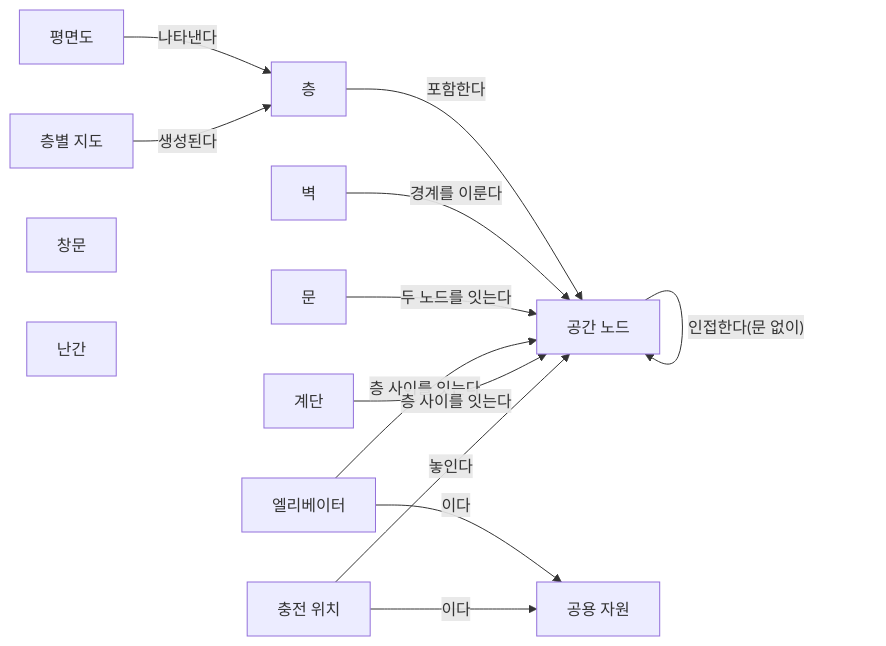
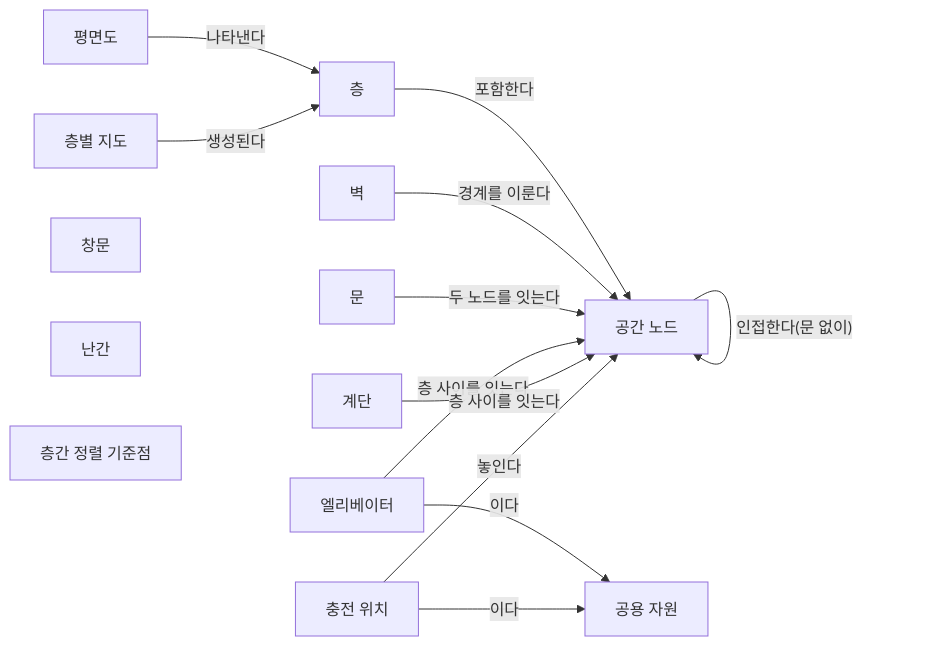
The diagram in rop-wiki/docs/tracks/floorplan-recognition/space-graph-schema-draft.md (MJKIM84/ai-hub), drawn with Mermaid before and after one commit. The commit also changed other lines of this file and 67 other files, not shown here.

````diff
--- a/rop-wiki/docs/tracks/floorplan-recognition/space-graph-schema-draft.md
+++ b/rop-wiki/docs/tracks/floorplan-recognition/space-graph-schema-draft.md
@@ -73,16 +74,17 @@
 ```mermaid
 flowchart LR
   plan["평면도"] -->|"나타낸다"| floor["층"]
   floor -->|"포함한다"| node["공간 노드"]
   wall["벽"] -->|"경계를 이룬다"| node
   door["문"] -->|"두 노드를 잇는다"| node
   node -->|"인접한다(문 없이)"| node
   elev["엘리베이터"] -->|"층 사이를 잇는다"| node
   stairs["계단"] -->|"층 사이를 잇는다"| node
   charge["충전 위치"] -->|"놓인다"| node
   elev -->|"이다"| res["공용 자원"]
   charge -->|"이다"| res
   fmap["층별 지도"] -->|"생성된다"| floor
   window["창문"]
   railing["난간"]
+  fiducial["층간 정렬 기준점"]
 ```
````
